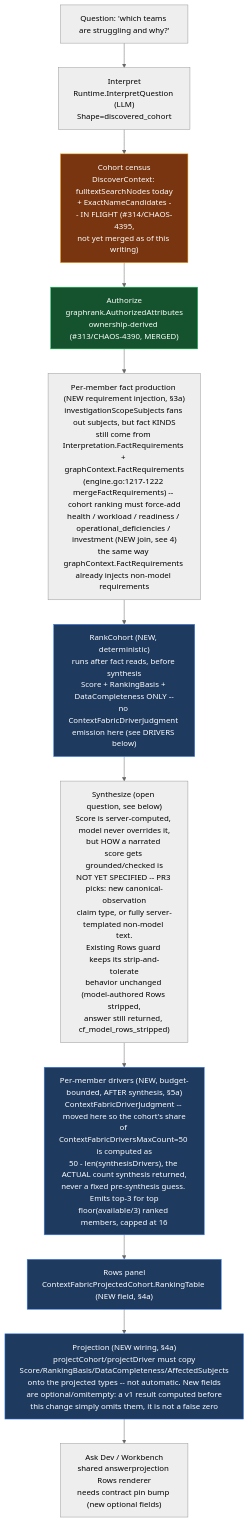
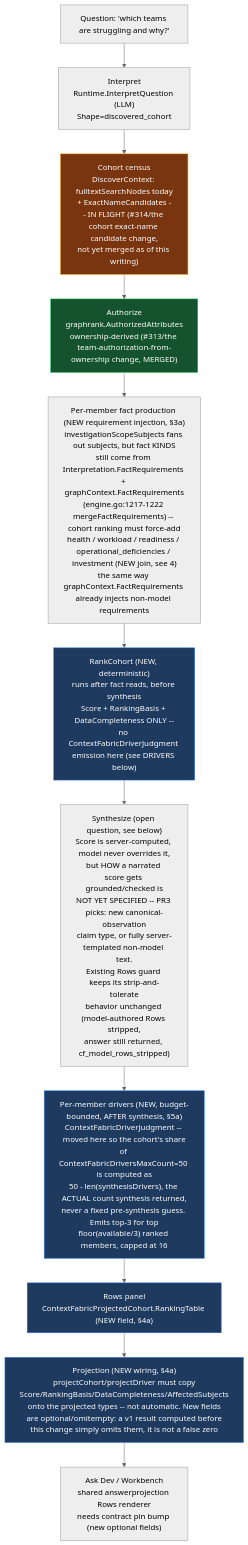
One commit to full-chaos/dev-health-acr changed the first of 3 diagrams in docs/design/context-fabric-subject-model-and-cohort-answers.md. Above: the diagram before and after it, drawn with Mermaid (neutral theme). The commit also changed other lines of this file and 61 other files, not shown here.

````diff
--- a/docs/design/context-fabric-subject-model-and-cohort-answers.md
+++ b/docs/design/context-fabric-subject-model-and-cohort-answers.md
@@ -110,20 +110,20 @@
 ```mermaid
 flowchart TD
   Q["Question: 'which teams are struggling and why?'"] --> INTERPRET["Interpret<br/>Runtime.InterpretQuestion (LLM)<br/>Shape=discovered_cohort"]
-  INTERPRET --> CENSUS["Cohort census<br/>DiscoverContext: fulltextSearchNodes today<br/>+ ExactNameCandidates -- IN FLIGHT (#314/CHAOS-4395,<br/>not yet merged as of this writing)"]
-  CENSUS --> AUTHZ["Authorize<br/>graphrank.AuthorizedAttributes<br/>ownership-derived (#313/CHAOS-4390, MERGED)"]
+  INTERPRET --> CENSUS["Cohort census<br/>DiscoverContext: fulltextSearchNodes today<br/>+ ExactNameCandidates -- IN FLIGHT (#314/the cohort exact-name candidate change,<br/>not yet merged as of this writing)"]
+  CENSUS --> AUTHZ["Authorize<br/>graphrank.AuthorizedAttributes<br/>ownership-derived (#313/the team-authorization-from-ownership change, MERGED)"]
   AUTHZ --> FACTS["Per-member fact production (NEW requirement injection, §3a)<br/>investigationScopeSubjects fans out subjects, but fact KINDS<br/>still come from Interpretation.FactRequirements + graphContext.FactRequirements<br/>(engine.go:1217-1222 mergeFactRequirements) -- cohort ranking must force-add<br/>health / workload / readiness / operational_deficiencies / investment (NEW join, see 4)<br/>the same way graphContext.FactRequirements already injects non-model requirements"]
   FACTS --> RANK["RankCohort (NEW, deterministic)<br/>runs after fact reads, before synthesis<br/>Score + RankingBasis + DataCompleteness ONLY --<br/>no ContextFabricDriverJudgment emission here (see DRIVERS below)"]
   RANK --> SYNTH["Synthesize (open question, see below)<br/>Score is server-computed, model never overrides it,<br/>but HOW a narrated score gets grounded/checked is<br/>NOT YET SPECIFIED -- PR3 picks: new canonical-observation<br/>claim type, or fully server-templated non-model text.<br/>Existing Rows guard keeps its strip-and-tolerate<br/>behavior unchanged (model-authored Rows stripped,<br/>answer still returned, cf_model_rows_stripped)"]
   SYNTH --> DRIVERS["Per-member drivers (NEW, budget-bounded, AFTER synthesis, §5a)<br/>ContextFabricDriverJudgment -- moved here so the cohort's share<br/>of ContextFabricDriversMaxCount=50 is computed as<br/>50 - len(synthesisDrivers), the ACTUAL count synthesis returned,<br/>never a fixed pre-synthesis guess. Emits top-3 for top<br/>floor(available/3) ranked members, capped at 16"]
   DRIVERS --> ROWS["Rows panel<br/>ContextFabricProjectedCohort.RankingTable (NEW field, §4a)"]
   ROWS --> PROJECT["Projection (NEW wiring, §4a)<br/>projectCohort/projectDriver must copy<br/>Score/RankingBasis/DataCompleteness/AffectedSubjects<br/>onto the projected types -- not automatic. New fields<br/>are optional/omitempty: a v1 result computed before<br/>this change simply omits them, it is not a false zero"]
   PROJECT --> ASKDEV["Ask Dev / Workbench<br/>shared answerprojection Rows renderer<br/>needs contract pin bump (new optional fields)"]
 
   classDef gap fill:#78350f,stroke:#f59e0b,color:#ffffff
   classDef fixed fill:#14532d,stroke:#22c55e,color:#ffffff
   classDef newnode fill:#1e3a5f,stroke:#3b82f6,color:#ffffff
   class CENSUS gap
   class AUTHZ fixed
   class RANK,DRIVERS,ROWS,PROJECT newnode
 ```
````
